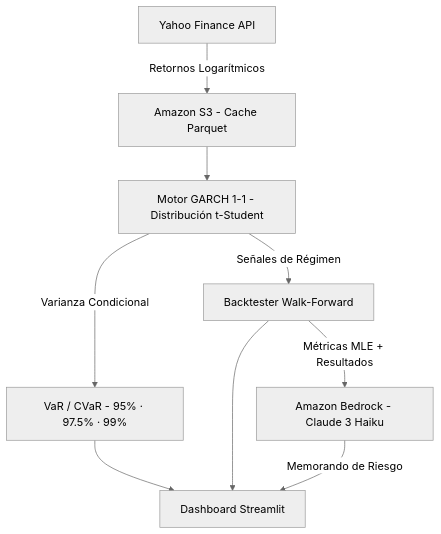
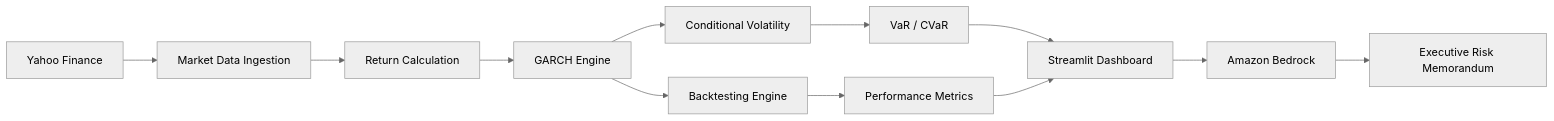
The diagram in README.md (Camxeroth/Proyecto-Hackaton), drawn with Mermaid (neutral theme) before and after one commit. The commit also changed other lines of this file, not shown here.

````diff
--- a/README.md
+++ b/README.md
@@ -23,11 +143,27 @@
 ```mermaid
-flowchart TD
-    A[Yahoo Finance API] -->|Retornos Logarítmicos| B[Amazon S3 - Cache Parquet]
-    B --> C[Motor GARCH 1-1 - Distribución t-Student]
-    C -->|Varianza Condicional| D[VaR / CVaR - 95% · 97.5% · 99%]
-    C -->|Señales de Régimen| E[Backtester Walk-Forward]
-    D --> F[Dashboard Streamlit]
-    E --> F
-    E -->|Métricas MLE + Resultados| G[Amazon Bedrock - Claude 3 Haiku]
-    G -->|Memorando de Riesgo| F
+flowchart LR
+
+A[Yahoo Finance]
+
+A --> B[Market Data Ingestion]
+
+B --> C[Return Calculation]
+
+C --> D[GARCH Engine]
+
+D --> E[Conditional Volatility]
+
+E --> F[VaR / CVaR]
+
+D --> G[Backtesting Engine]
+
+G --> H[Performance Metrics]
+
+F --> I[Streamlit Dashboard]
+
+H --> I
+
+I --> J[Amazon Bedrock]
+
+J --> K[Executive Risk Memorandum]
 ```
````
